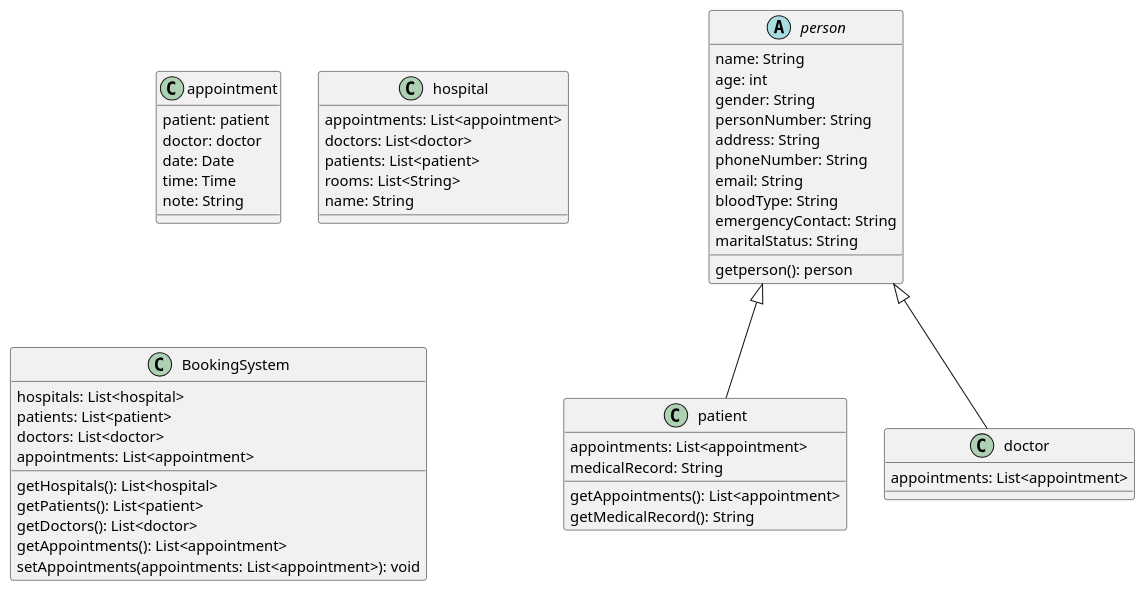
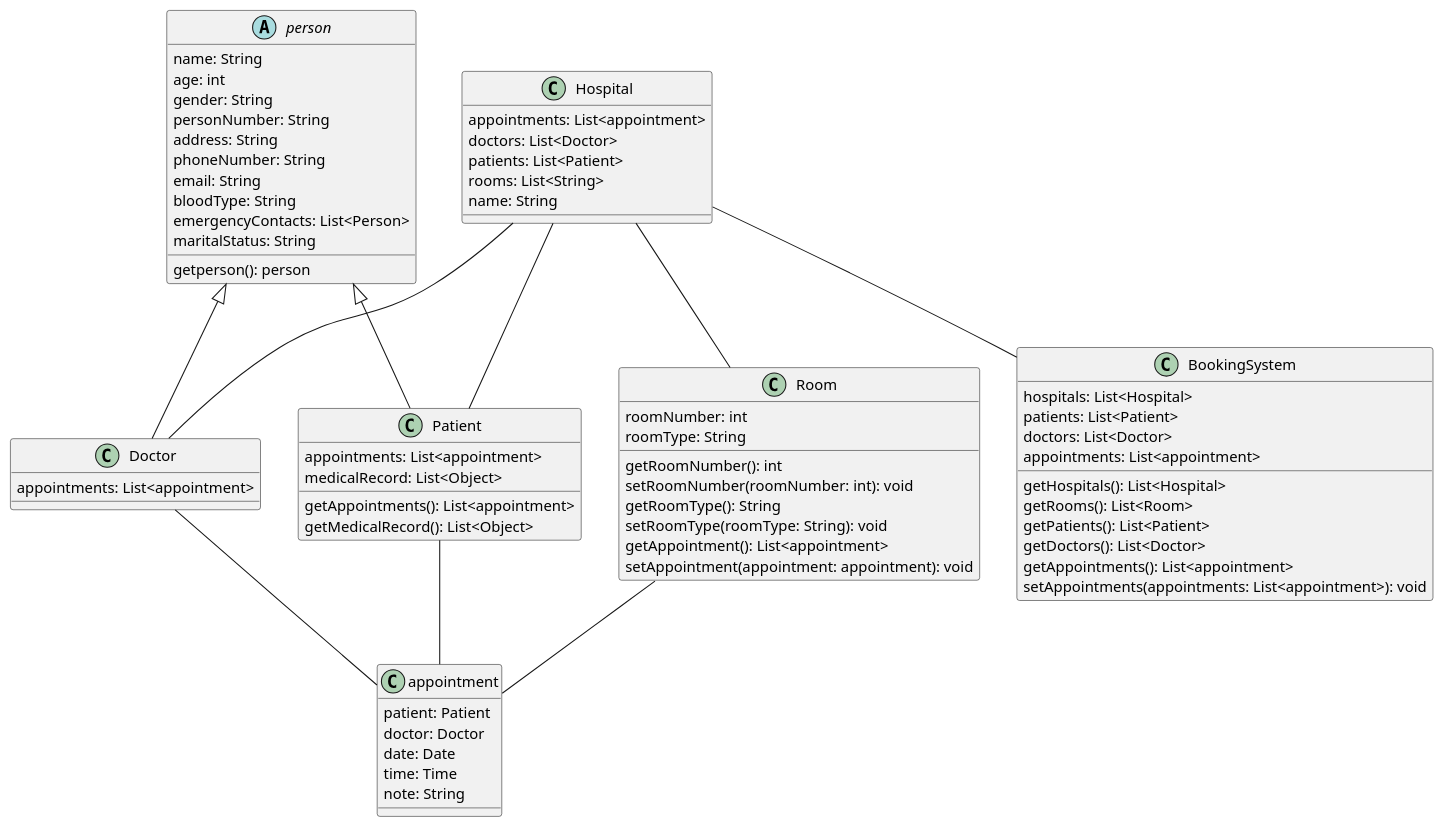
Before and after one commit to MrNegnar/hospitalBookingManagerModule: the diagram in diagrams/classDiagram.puml, drawn with PlantUML.

Commit message:
add more to initial class diagram

```diff
--- a/diagrams/classDiagram.puml
+++ b/diagrams/classDiagram.puml
@@ -1,57 +1,77 @@
 @startuml Booking system class diagram
 
 abstract class person {
   name: String
   age: int
   gender: String
   personNumber: String
   address: String
   phoneNumber: String
   email: String
   bloodType: String
-  emergencyContact: String
+  emergencyContacts: List<Person>
   maritalStatus: String
   getperson(): person
 }
 
-class patient extends person {
+class Patient extends person {
   appointments: List<appointment>
-  medicalRecord: String
+  medicalRecord: List<Object>
   getAppointments(): List<appointment>
-  getMedicalRecord(): String
+  getMedicalRecord(): List<Object>
 }
 
-class doctor extends person {
+class Doctor extends person {
   appointments: List<appointment>
 }
 
 class appointment {
-  patient: patient
-  doctor: doctor
+  patient: Patient
+  doctor: Doctor
   date: Date
   time: Time
   note: String
 }
 
-class hospital {
+class Hospital {
   appointments: List<appointment>
-  doctors: List<doctor>
-  patients: List<patient>
+  doctors: List<Doctor>
+  patients: List<Patient>
   rooms: List<String>
   name: String
 }
 
 class BookingSystem {
-  hospitals: List<hospital>
-  patients: List<patient>
-  doctors: List<doctor>
+  hospitals: List<Hospital>
+  patients: List<Patient>
+  doctors: List<Doctor>
   appointments: List<appointment>
-  getHospitals(): List<hospital>
-  getPatients(): List<patient>
-  getDoctors(): List<doctor>
+  getHospitals(): List<Hospital>
+  getRooms(): List<Room>
+  getPatients(): List<Patient>
+  getDoctors(): List<Doctor>
   getAppointments(): List<appointment>
   setAppointments(appointments: List<appointment>): void
 }
 
+class Room {
+  roomNumber: int
+  roomType: String
+  getRoomNumber(): int
+  setRoomNumber(roomNumber: int): void
+  getRoomType(): String
+  setRoomType(roomType: String): void
+  getAppointment(): List<appointment>
+  setAppointment(appointment: appointment): void
+}
+
+Hospital -- Room
+Hospital -- Doctor
+Hospital -- Patient
+Patient -- appointment
+Doctor -- appointment
+Room -- appointment
+Hospital -- BookingSystem
+
 
 @enduml
```
